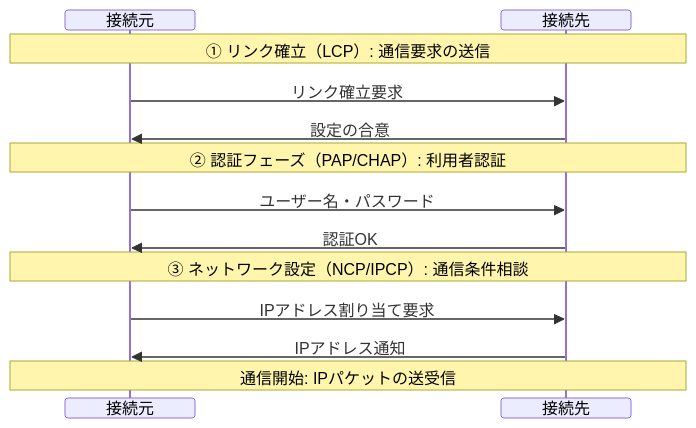
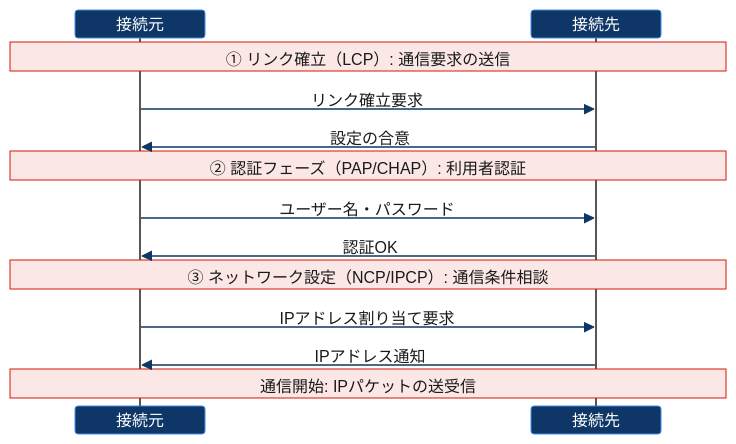
The fourth of 4 diagrams in posts/2026-06-16-computer-network/index.qmd (RyoNakagami/regmonkey-presentation), drawn with Mermaid before and after one commit. The commit also changed other lines of this file and 25 other files, not shown here.

````diff
--- a/posts/2026-06-16-computer-network/index.qmd
+++ b/posts/2026-06-16-computer-network/index.qmd
@@ -833,32 +1618,54 @@
 ```{mermaid}
 %%| fig-width: 8
-%%{ init: {
-    'theme': 'default',
+%%{
+  init: {
+    'theme': 'base',
     'themeVariables': {
-        'fontFamily': 'Meiryo'
+      'fontFamily': 'Meiryo',
+      'primaryColor': '#E8F1FE',
+      'primaryTextColor': '#1A1A1A',
+      'primaryBorderColor': '#428CE6',
+      'secondaryColor': '#B4D7FF',
+      'tertiaryColor': '#E8F1FE',
+      'noteBkgColor': '#FBE7E6',
+      'noteTextColor': '#1A1A1A',
+      'noteBorderColor': '#D31804',
+      'activationBorderColor': '#0E3666',
+      'activationBkgColor': '#B4D7FF',
+      'sequenceNumberColor': '#FFFFFF',
+      'actorBkg': '#0E3666',
+      'actorTextColor': '#FFFFFF',
+      'actorLineColor': '#575757',
+      'labelBoxBkgColor': '#E8F1FE',
+      'labelBoxBorderColor': '#428CE6',
+      'labelTextColor': '#0E3666',
+      'loopTextColor': '#0E3666',
+      'signalColor': '#0E3666',
+      'signalTextColor': '#1A1A1A'
     },
     'sequence': {
-        'useMaxWidth': true,
-        'actorMargin': 240,
-        'width': 130,
-        'height': 20,
-        'boxMargin': 4,
-        'boxTextMargin': 3,
-        'noteMargin': 6,
-        'messageMargin': 18
+      'useMaxWidth': true,
+      'actorMargin': 260,
+      'width': 130,
+      'height': 28,
+      'boxMargin': 4,
+      'boxTextMargin': 3,
+      'noteMargin': 6,
+      'messageMargin': 18
     }
-} }%%
+  }
+}%%
 sequenceDiagram
     participant C as 接続元
     participant S as 接続先
     Note over C,S: ① リンク確立（LCP）: 通信要求の送信
     C->>S: リンク確立要求
     S->>C: 設定の合意
     Note over C,S: ② 認証フェーズ（PAP/CHAP）: 利用者認証
     C->>S: ユーザー名・パスワード
     S->>C: 認証OK
     Note over C,S: ③ ネットワーク設定（NCP/IPCP）: 通信条件相談
     C->>S: IPアドレス割り当て要求
     S->>C: IPアドレス通知
     Note over C,S: 通信開始: IPパケットの送受信
 ```
````
